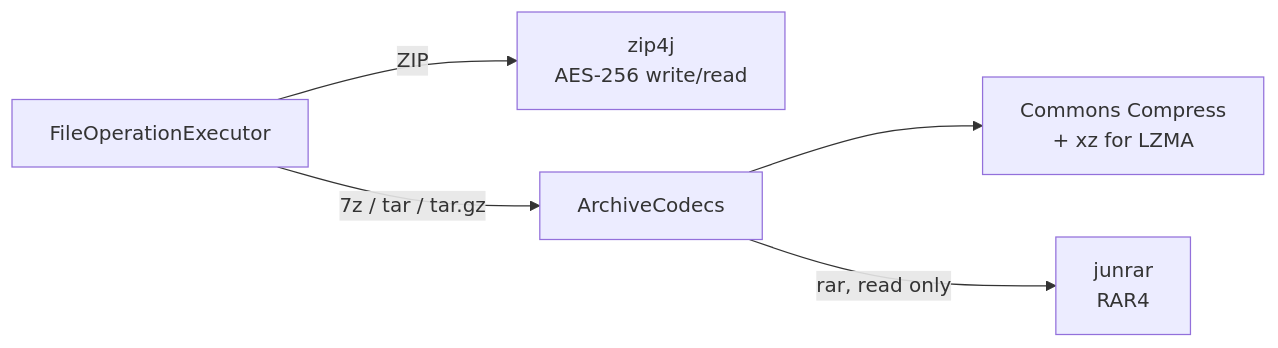
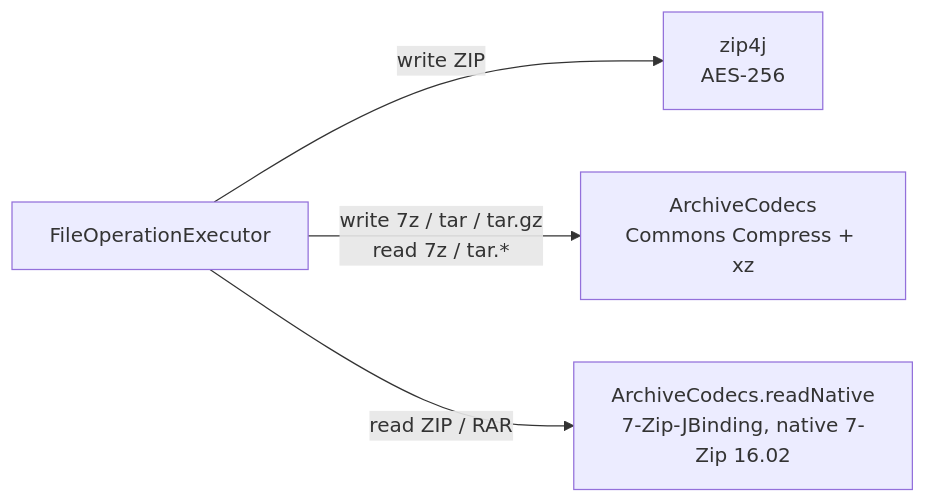
The sixth of 6 diagrams in development/docs/ARCHITECTURE.md (aiyu-ayaan/Findex), drawn with Mermaid before and after one commit. The commit also changed other lines of this file and 13 other files, not shown here.

Commit message:
feat(Archives) : Read RAR5 and every zip method via a 16 KB-aligned native 7-Zip

````diff
--- a/development/docs/ARCHITECTURE.md
+++ b/development/docs/ARCHITECTURE.md
@@ -241,7 +241,6 @@
 ```mermaid
 flowchart LR
-    Exec[FileOperationExecutor] -->|ZIP| Zip4j[zip4j<br/>AES-256 write/read]
-    Exec -->|7z / tar / tar.gz| Codecs[ArchiveCodecs]
-    Codecs --> CC[Commons Compress<br/>+ xz for LZMA]
-    Codecs -->|rar, read only| Junrar[junrar<br/>RAR4]
+    Exec[FileOperationExecutor] -->|write ZIP| Zip4j[zip4j<br/>AES-256]
+    Exec -->|write 7z / tar / tar.gz<br/>read 7z / tar.*| CC[ArchiveCodecs<br/>Commons Compress + xz]
+    Exec -->|read ZIP / RAR| Native[ArchiveCodecs.readNative<br/>7-Zip-JBinding, native 7-Zip 16.02]
 ```
````
